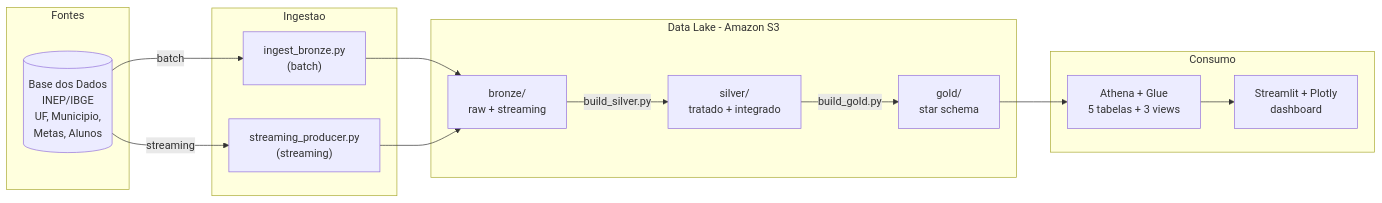
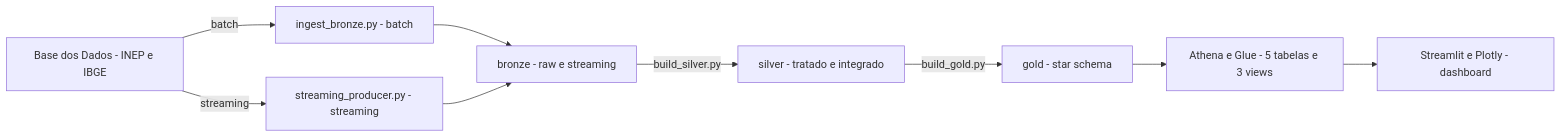
One commit to leonardoaz98/aws-tech-challenge2-fiap changed the diagram in README.md. Above: the diagram before and after it, drawn with Mermaid.

Commit message:
docs: simplifica diagrama mermaid para renderizar no github

````diff
--- a/README.md
+++ b/README.md
@@ -27,28 +27,16 @@
 ```mermaid
 flowchart LR
-    subgraph FONTE["Fontes"]
-        BD[("Base dos Dados<br/>INEP/IBGE<br/>UF, Municipio,<br/>Metas, Alunos")]
-    end
-
-    subgraph INGEST["Ingestao"]
-        B["ingest_bronze.py<br/>(batch)"]
-        S["streaming_producer.py<br/>(streaming)"]
-    end
-
-    subgraph S3["Data Lake - Amazon S3"]
-        BRONZE["bronze/<br/>raw + streaming"]
-        SILVER["silver/<br/>tratado + integrado"]
-        GOLD["gold/<br/>star schema"]
-    end
-
-    subgraph CONSUMO["Consumo"]
-        ATHENA["Athena + Glue<br/>5 tabelas + 3 views"]
-        DASH["Streamlit + Plotly<br/>dashboard"]
-    end
-
+    BD["Base dos Dados - INEP e IBGE"]
+    B["ingest_bronze.py - batch"]
+    S["streaming_producer.py - streaming"]
+    BRONZE["bronze - raw e streaming"]
+    SILVER["silver - tratado e integrado"]
+    GOLD["gold - star schema"]
+    ATHENA["Athena e Glue - 5 tabelas e 3 views"]
+    DASH["Streamlit e Plotly - dashboard"]
     BD -->|batch| B --> BRONZE
     BD -->|streaming| S --> BRONZE
     BRONZE -->|build_silver.py| SILVER
     SILVER -->|build_gold.py| GOLD
     GOLD --> ATHENA --> DASH
 ```
````
